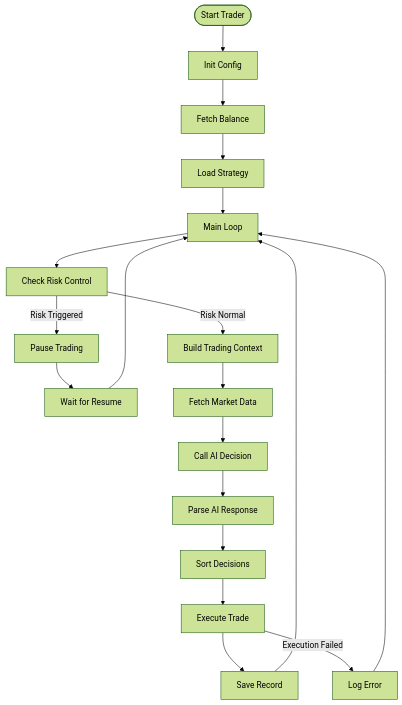
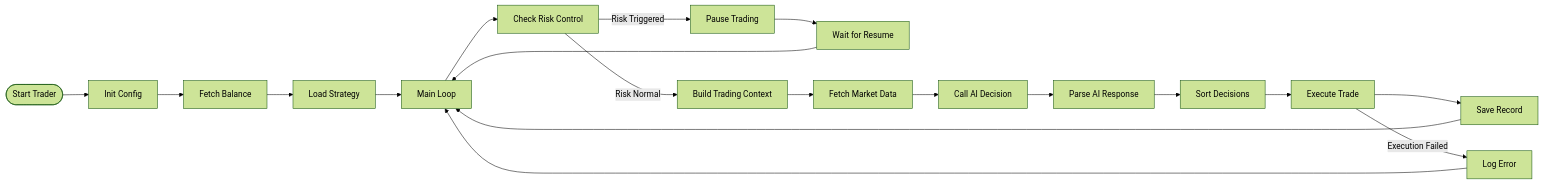
One commit to zcxGGmu/DeepAlpha changed the third of 11 diagrams in docs/improve/kilo-code/NOFX-技术分析报告.md. Above: the diagram before and after it, drawn with Mermaid (forest theme). The commit also changed other lines of this file, not shown here.

Commit message:
fix: 将 Mermaid 图表改为横向排列 (LR)

````diff
--- a/docs/improve/kilo-code/NOFX-技术分析报告.md
+++ b/docs/improve/kilo-code/NOFX-技术分析报告.md
@@ -342,24 +342,24 @@
 ```mermaid
-flowchart TD
+flowchart LR
     Start([Start Trader]) --> Init[Init Config]
     Init --> FetchBalance[Fetch Balance]
     FetchBalance --> LoadStrategy[Load Strategy]
     LoadStrategy --> MainLoop[Main Loop]
     
     MainLoop --> CheckRisk[Check Risk Control]
     CheckRisk --> |Risk Triggered| Pause[Pause Trading]
     Pause --> Wait[Wait for Resume]
     Wait --> MainLoop
     
     CheckRisk --> |Risk Normal| BuildContext[Build Trading Context]
     BuildContext --> FetchMarketData[Fetch Market Data]
     FetchMarketData --> CallAI[Call AI Decision]
     CallAI --> ParseResponse[Parse AI Response]
     ParseResponse --> SortDecisions[Sort Decisions]
     SortDecisions --> Execute[Execute Trade]
     Execute --> SaveRecord[Save Record]
     SaveRecord --> MainLoop
     
     Execute --> |Execution Failed| LogError[Log Error]
     LogError --> MainLoop
 ```
````
